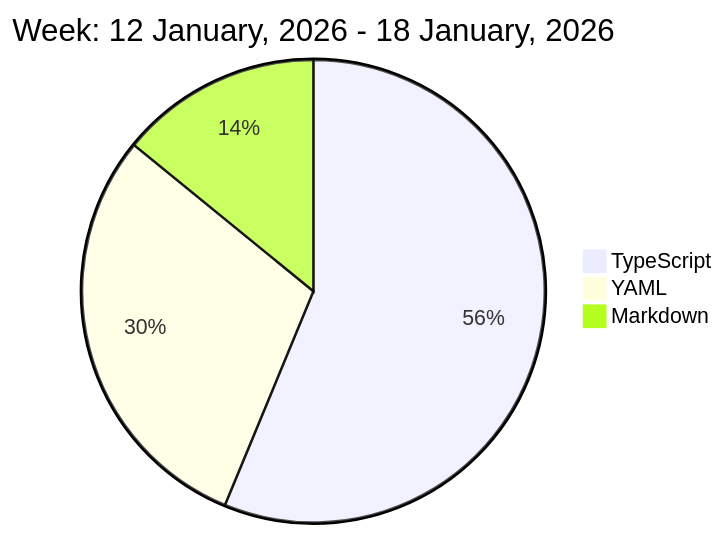
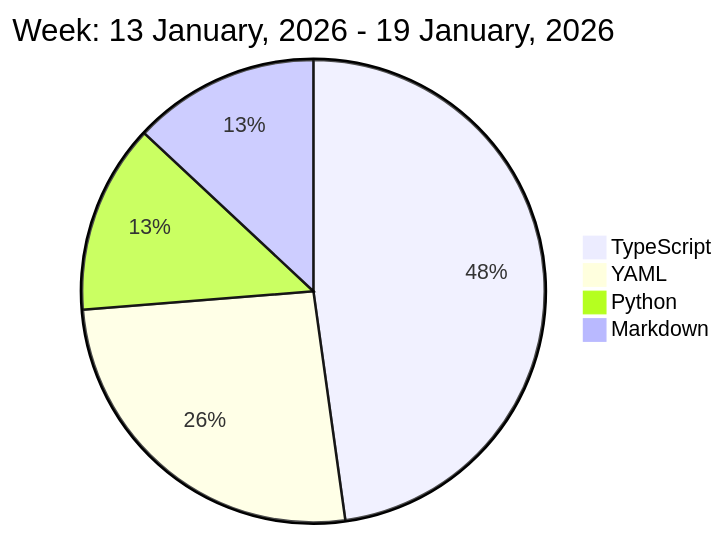
One commit to liubin95/liubin95 changed the diagram in README.md. Above: the diagram before and after it, drawn with Mermaid.

Commit message:
Updated the Graph with new Metrics

````diff
--- a/README.md
+++ b/README.md
@@ -37,7 +37,8 @@
 ```mermaid
  pie
-title Week: 12 January, 2026 - 18 January, 2026
- "TypeScript" : 7.97
- "YAML" : 4.2
- "Markdown" : 2.0
+title Week: 13 January, 2026 - 19 January, 2026
+ "TypeScript" : 7.15
+ "YAML" : 3.88
+ "Python" : 1.98
+ "Markdown" : 1.95
 ```
````
